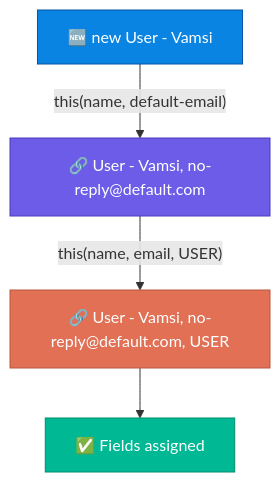
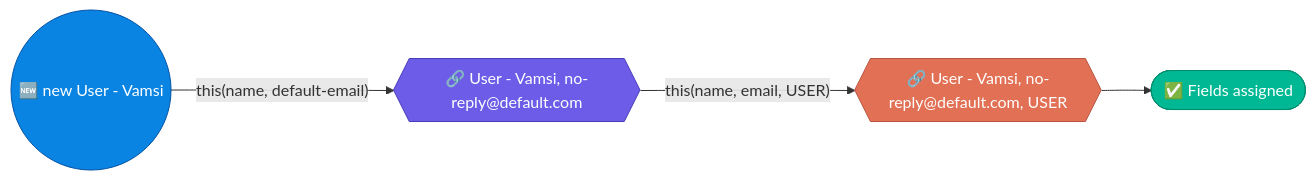
Before and after one commit to saivamsikaruturi/vamsilabs-dev-notes-main: the second of 2 diagrams in docs/java/Constructors.md, drawn with Mermaid. The commit also changed other lines of this file and 146 other files, not shown here.

Commit message:
Horizontal diagrams, UML class diagrams, typography overhaul, and permalink cleanup

````diff
--- a/docs/java/Constructors.md
+++ b/docs/java/Constructors.md
@@ -134,11 +134,11 @@
 ```mermaid
-graph TD
-    A["🆕 new User - Vamsi"] -->|"this(name, default-email)"| B["🔗 User - Vamsi, no-reply@default.com"]
-    B -->|"this(name, email, USER)"| C["🔗 User - Vamsi, no-reply@default.com, USER"]
-    C --> D["✅ Fields assigned"]
+flowchart LR
+    A(("🆕 new User - Vamsi")) -->|"this(name, default-email)"| B{{"🔗 User - Vamsi, no-reply@default.com"}}
+    B -->|"this(name, email, USER)"| C{{"🔗 User - Vamsi, no-reply@default.com, USER"}}
+    C --> D(["✅ Fields assigned"])
 
     style A fill:#0984e3,stroke:#0652a3,color:#fff
     style B fill:#6c5ce7,stroke:#4a3db8,color:#fff
     style C fill:#e17055,stroke:#b85643,color:#fff
     style D fill:#00b894,stroke:#008c6e,color:#fff
 ```
````
